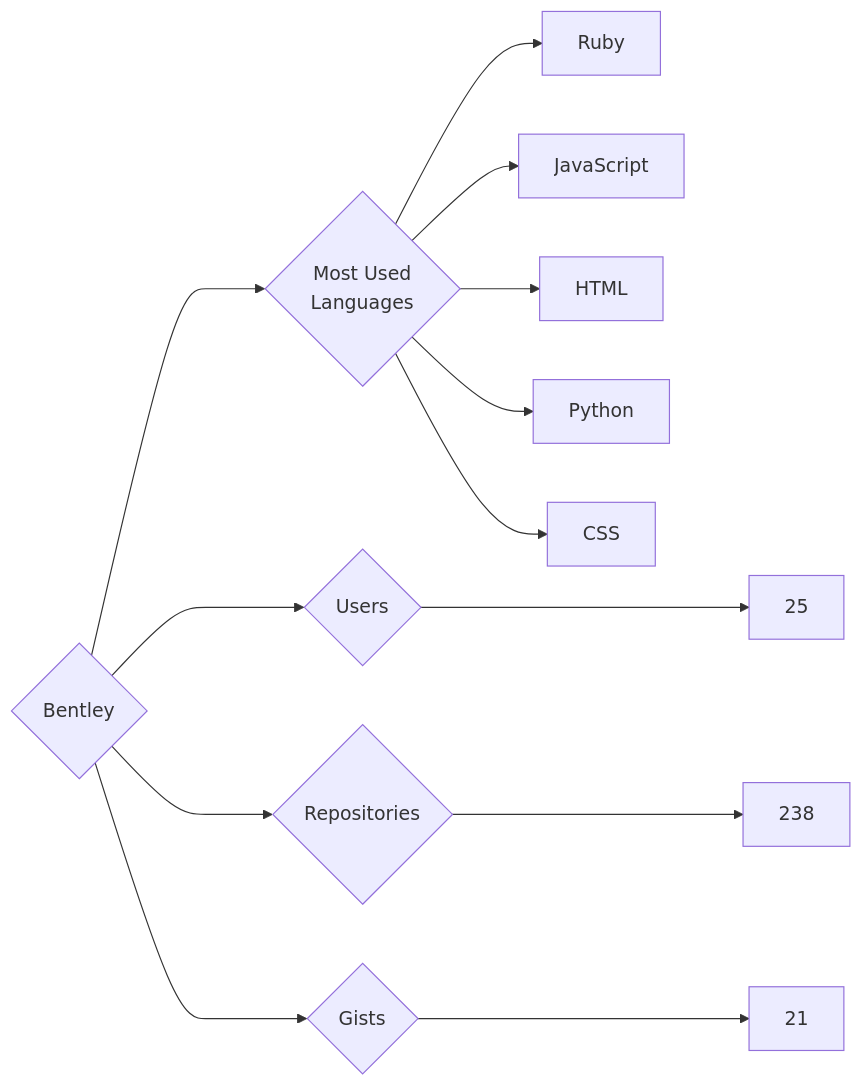
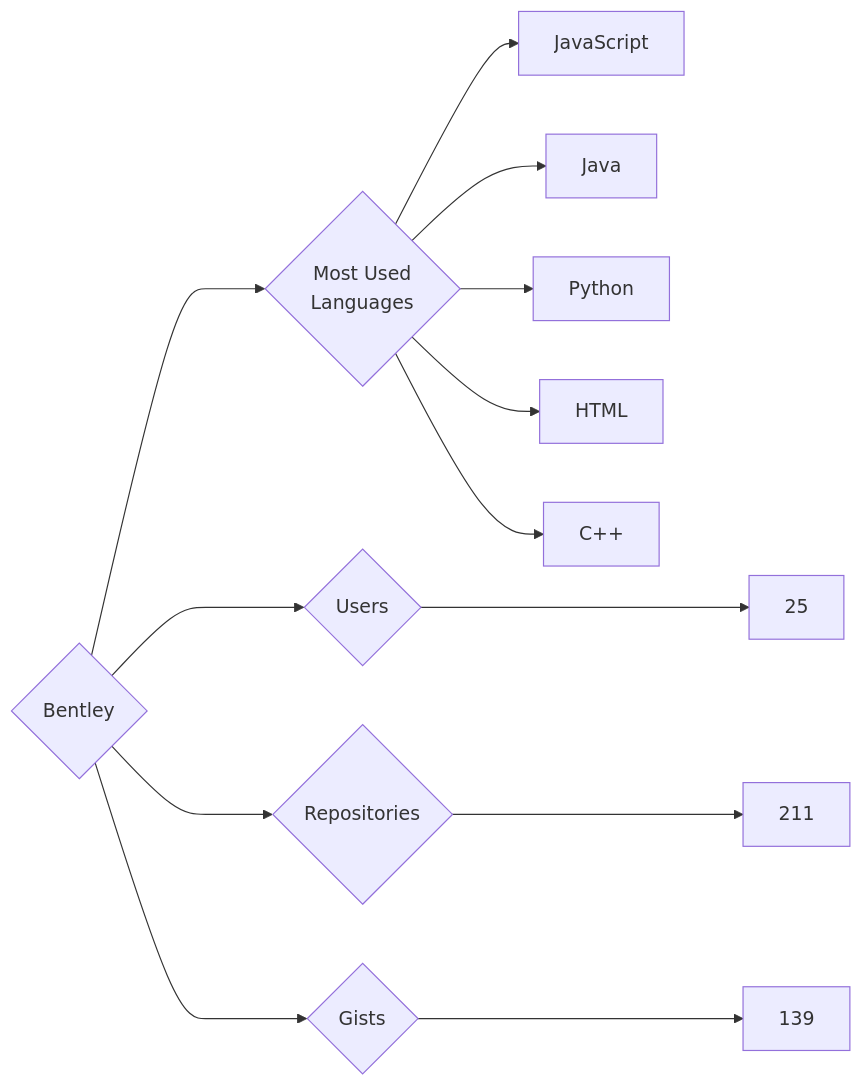
Before and after one commit to trickest/insiders: the diagram in targets/Bentley/README.md, drawn with Mermaid. The commit also changed 895 other files, not shown here.

````diff
--- a/targets/Bentley/README.md
+++ b/targets/Bentley/README.md
@@ -3,13 +3,13 @@
 ```mermaid
 graph LR
 COMPANY_NAME{Bentley}
 COMPANY_NAME ---> U{Users} ---> UN[25]
-COMPANY_NAME ---> R{Repositories} ---> RN[238]
-COMPANY_NAME ---> G{Gists} ---> GN[21]
+COMPANY_NAME ---> R{Repositories} ---> RN[211]
+COMPANY_NAME ---> G{Gists} ---> GN[139]
 COMPANY_NAME ---> ML{Most Used<br>Languages}
-ML --> Ruby[Ruby]
 ML --> JavaScript[JavaScript]
+ML --> Java[Java]
+ML --> Python[Python]
 ML --> HTML[HTML]
-ML --> Python[Python]
-ML --> CSS[CSS]
+ML --> C++[C++]
 ```
````
